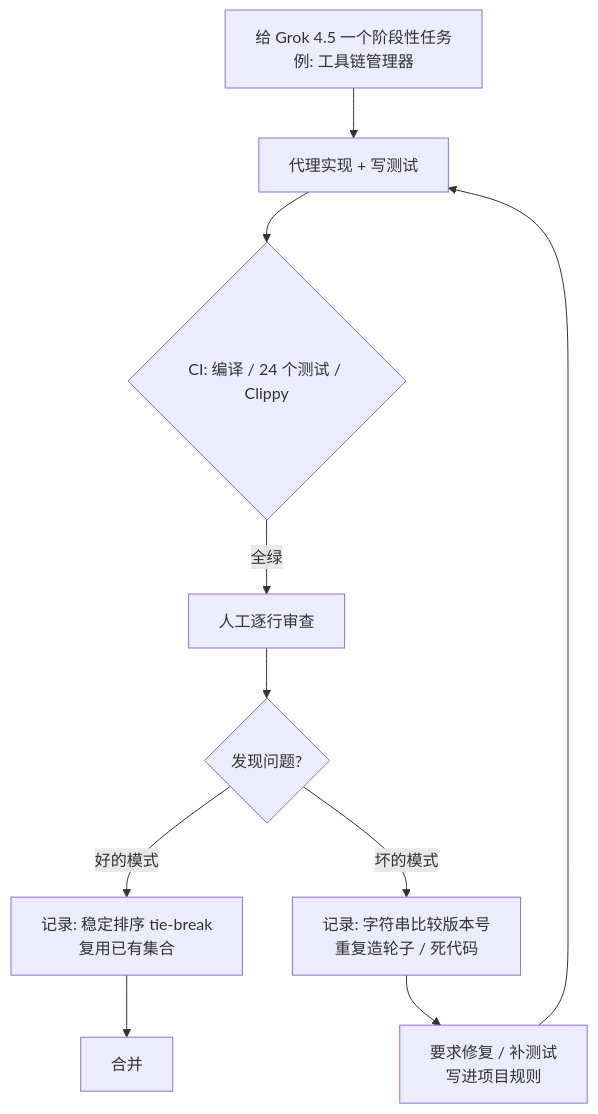
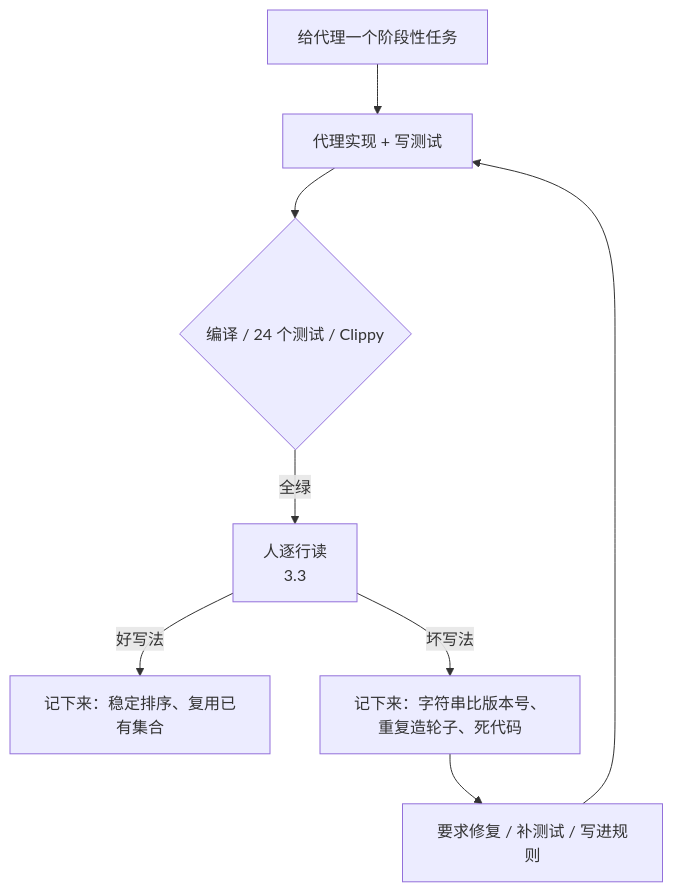
One commit to yzw7489757/ai-coding-videos changed the diagram in docs/12-forrestknight-grok-4-5.md. Above: the diagram before and after it, drawn with Mermaid. The commit also changed other lines of this file and 5 other files, not shown here.

````diff
--- a/docs/12-forrestknight-grok-4-5.md
+++ b/docs/12-forrestknight-grok-4-5.md
@@ -97,12 +57,10 @@
 ```mermaid
 flowchart TD
-    A[给 Grok 4.5 一个阶段性任务<br/>例: 工具链管理器] --> B[代理实现 + 写测试]
-    B --> C{CI: 编译 / 24 个测试 / Clippy}
-    C -- 全绿 --> D[人工逐行审查]
-    D --> E{发现问题?}
-    E -- 好的模式 --> F[记录: 稳定排序 tie-break<br/>复用已有集合]
-    E -- 坏的模式 --> G[记录: 字符串比较版本号<br/>重复造轮子 / 死代码]
-    G --> H[要求修复 / 补测试<br/>写进项目规则]
+    A["给代理一个阶段性任务"] --> B["代理实现 + 写测试"]
+    B --> C{"编译 / 24 个测试 / Clippy"}
+    C -- 全绿 --> D["人逐行读<br/>3.3"]
+    D -- 好写法 --> F["记下来：稳定排序、复用已有集合"]
+    D -- 坏写法 --> G["记下来：字符串比版本号、重复造轮子、死代码"]
+    G --> H["要求修复 / 补测试 / 写进规则"]
     H --> B
-    F --> I[合并]
 ```
````
